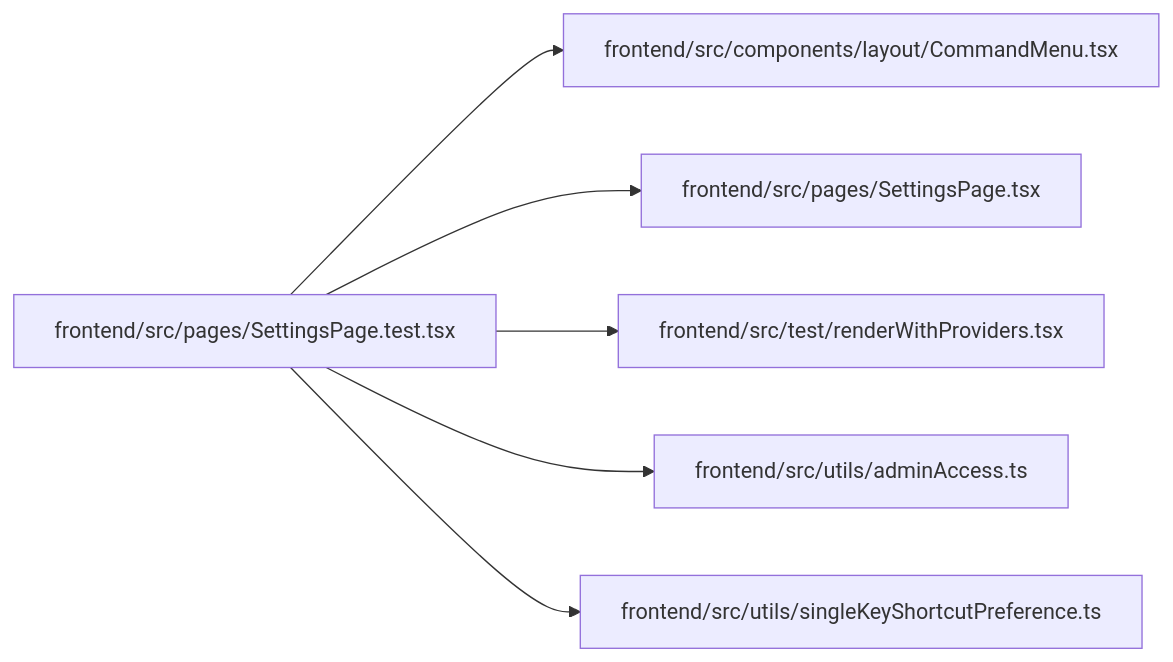
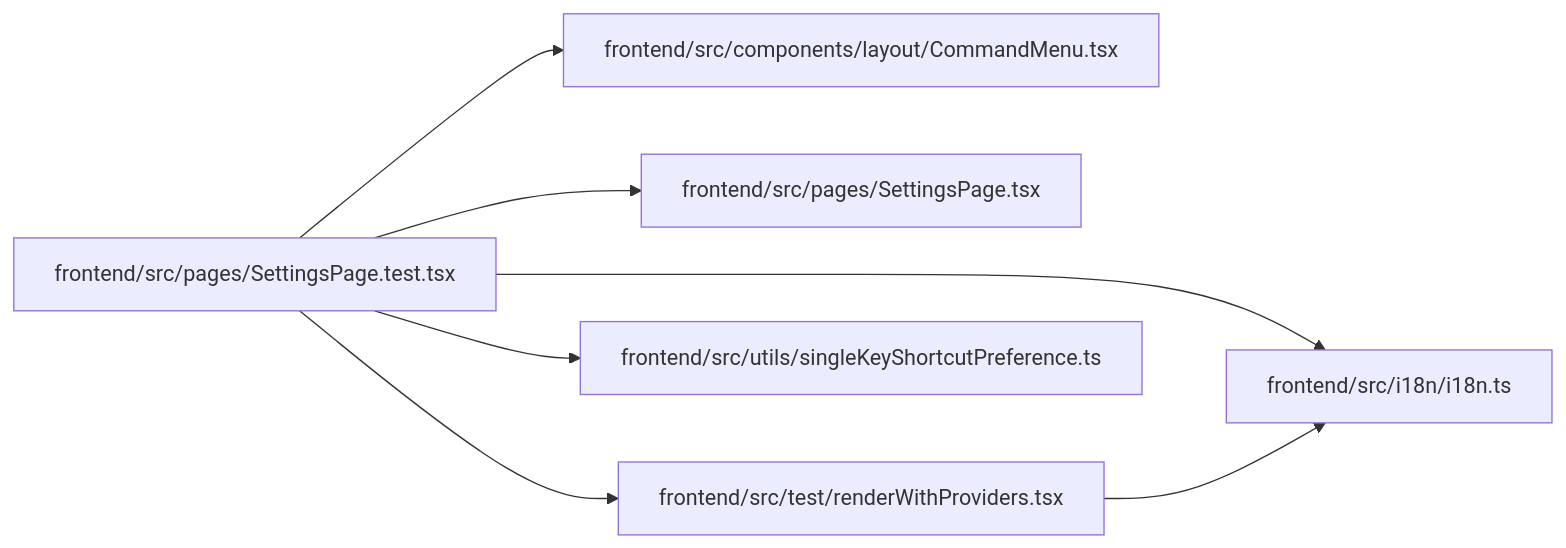
The diagram in docs/llm_wiki/modules/SettingsPage.test.md (Denissvgn/WorkChord), drawn with Mermaid before and after one commit. The commit also changed other lines of this file and 2373 other files, not shown here.

````diff
--- a/docs/llm_wiki/modules/SettingsPage.test.md
+++ b/docs/llm_wiki/modules/SettingsPage.test.md
@@ -32,20 +33,21 @@
 ```mermaid
 flowchart LR
     n0["frontend/src/components/layout/CommandMenu.tsx"]
-    n1["frontend/src/pages/SettingsPage.test.tsx"]
-    n2["frontend/src/pages/SettingsPage.tsx"]
-    n3["frontend/src/test/renderWithProviders.tsx"]
-    n4["frontend/src/utils/adminAccess.ts"]
+    n1["frontend/src/i18n/i18n.ts"]
+    n2["frontend/src/pages/SettingsPage.test.tsx"]
+    n3["frontend/src/pages/SettingsPage.tsx"]
+    n4["frontend/src/test/renderWithProviders.tsx"]
     n5["frontend/src/utils/singleKeyShortcutPreference.ts"]
-    n1 --> n0
-    n1 --> n2
-    n1 --> n3
-    n1 --> n4
-    n1 --> n5
+    n2 --> n0
+    n2 --> n1
+    n2 --> n3
+    n2 --> n4
+    n2 --> n5
+    n4 --> n1
     click n0 "../modules/CommandMenu.md"
-    click n1 "../modules/SettingsPage.test.md"
-    click n2 "../modules/SettingsPage.md"
-    click n3 "../modules/renderWithProviders.md"
-    click n4 "../modules/adminAccess.md"
+    click n1 "../modules/i18n.md"
+    click n2 "../modules/SettingsPage.test.md"
+    click n3 "../modules/SettingsPage.md"
+    click n4 "../modules/renderWithProviders.md"
     click n5 "../modules/singleKeyShortcutPreference.md"
 ```
````
